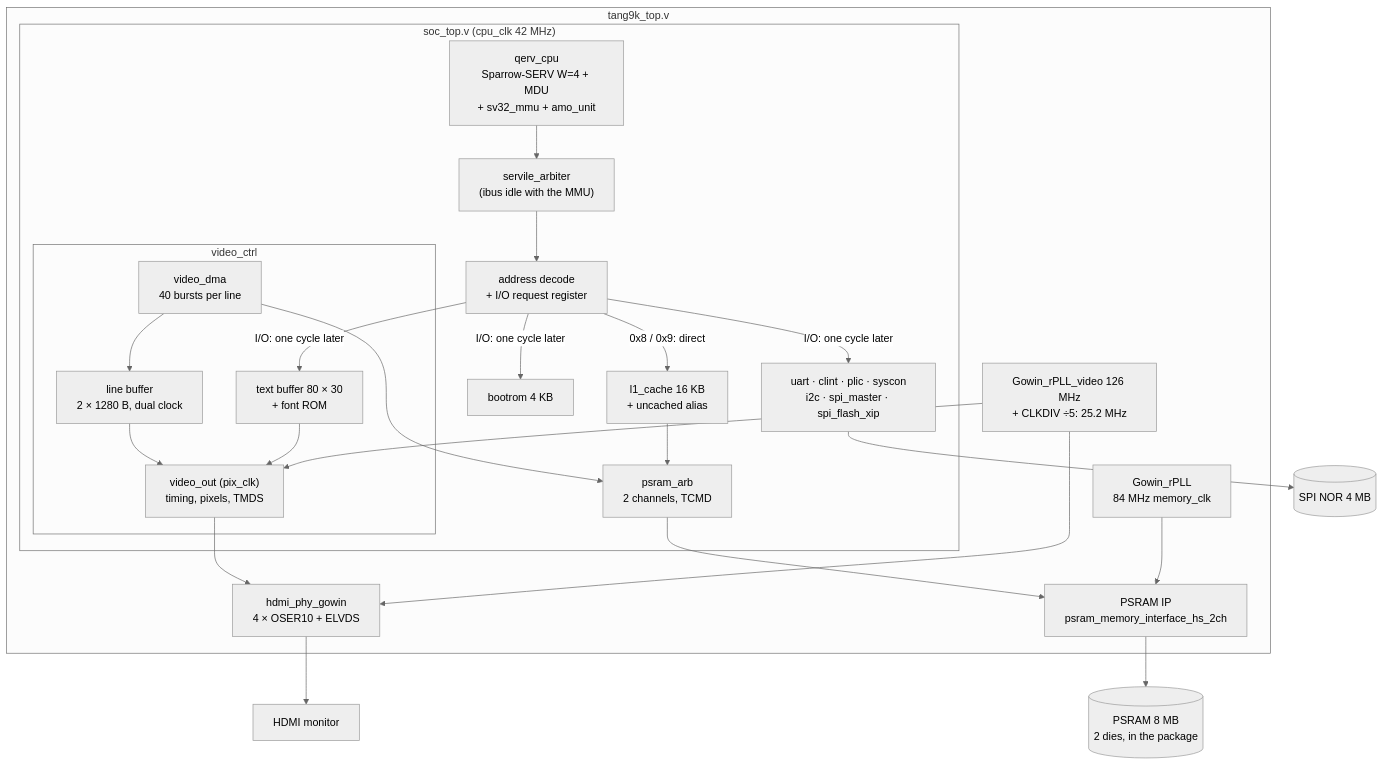
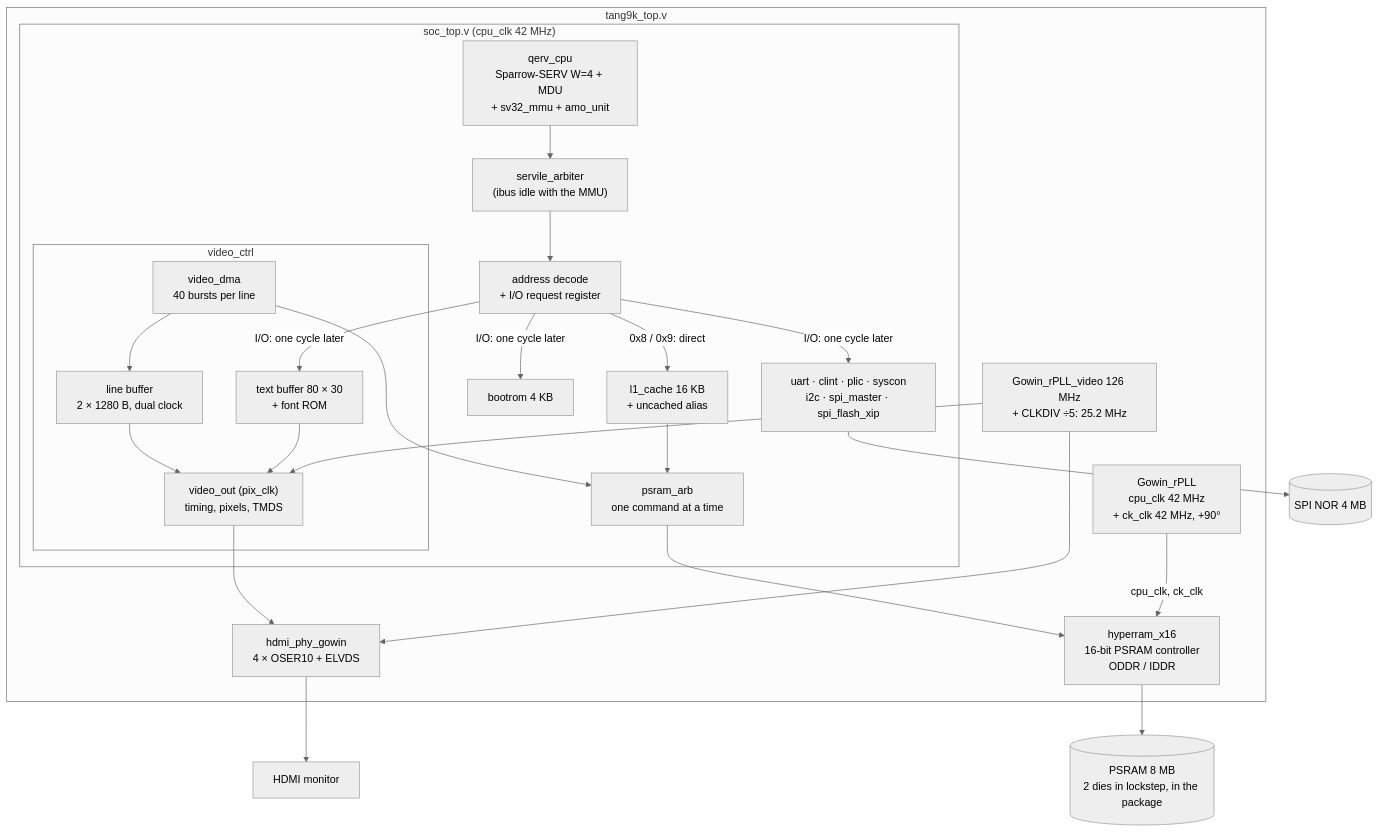
The first of 5 diagrams in doc/01-architecture.md (phoenix367/tang_nano_9K_linux), drawn with Mermaid (neutral theme) before and after one commit. The commit also changed other lines of this file and 37 other files, not shown here.

````diff
--- a/doc/01-architecture.md
+++ b/doc/01-architecture.md
@@ -159,37 +172,37 @@
 ```mermaid
 graph TB
   subgraph TOP["tang9k_top.v"]
-    PLL["Gowin_rPLL<br/>84 MHz memory_clk"]
+    PLL["Gowin_rPLL<br/>cpu_clk 42 MHz<br/>+ ck_clk 42 MHz, +90°"]
     VPLL["Gowin_rPLL_video 126 MHz<br/>+ CLKDIV ÷5: 25.2 MHz"]
     subgraph SOC["soc_top.v (cpu_clk 42 MHz)"]
       CPU["qerv_cpu<br/>Sparrow-SERV W=4 + MDU<br/>+ sv32_mmu + amo_unit"]
       ARBI["servile_arbiter<br/>(ibus idle with the MMU)"]
       DEC["address decode<br/>+ I/O request register"]
       ROM["bootrom 4 KB"]
       IO["uart · clint · plic · syscon<br/>i2c · spi_master · spi_flash_xip"]
       CACHE["l1_cache 16 KB<br/>+ uncached alias"]
-      ARB["psram_arb<br/>2 channels, TCMD"]
+      ARB["psram_arb<br/>one command at a time"]
       subgraph VID["video_ctrl"]
         DMA["video_dma<br/>40 bursts per line"]
         LB["line buffer<br/>2 × 1280 B, dual clock"]
         TXT["text buffer 80 × 30<br/>+ font ROM"]
         VO["video_out (pix_clk)<br/>timing, pixels, TMDS"]
       end
     end
-    IP["PSRAM IP<br/>psram_memory_interface_hs_2ch"]
+    HR["hyperram_x16<br/>16-bit PSRAM controller<br/>ODDR / IDDR"]
     PHY["hdmi_phy_gowin<br/>4 × OSER10 + ELVDS"]
   end
-  PSRAM[("PSRAM 8 MB<br/>2 dies, in the package")]
+  PSRAM[("PSRAM 8 MB<br/>2 dies in lockstep, in the package")]
   FLASH[("SPI NOR 4 MB")]
   HDMI["HDMI monitor"]
 
   CPU --> ARBI --> DEC
-  DEC -->|"0x8 / 0x9: direct"| CACHE --> ARB --> IP --> PSRAM
+  DEC -->|"0x8 / 0x9: direct"| CACHE --> ARB --> HR --> PSRAM
   DEC -->|"I/O: one cycle later"| ROM & IO & TXT
   IO --> FLASH
   DMA --> ARB
   DMA --> LB --> VO
   TXT --> VO --> PHY --> HDMI
-  PLL --> IP
+  PLL -->|"cpu_clk, ck_clk"| HR
   VPLL --> VO & PHY
 ```
````
